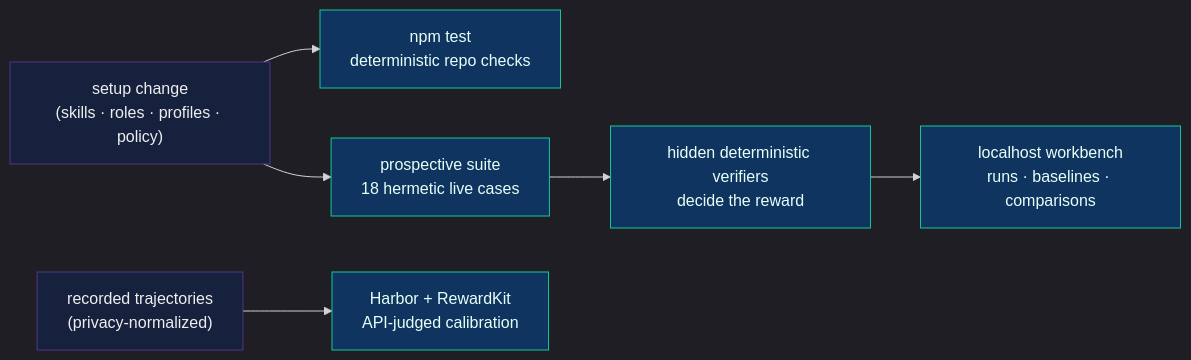
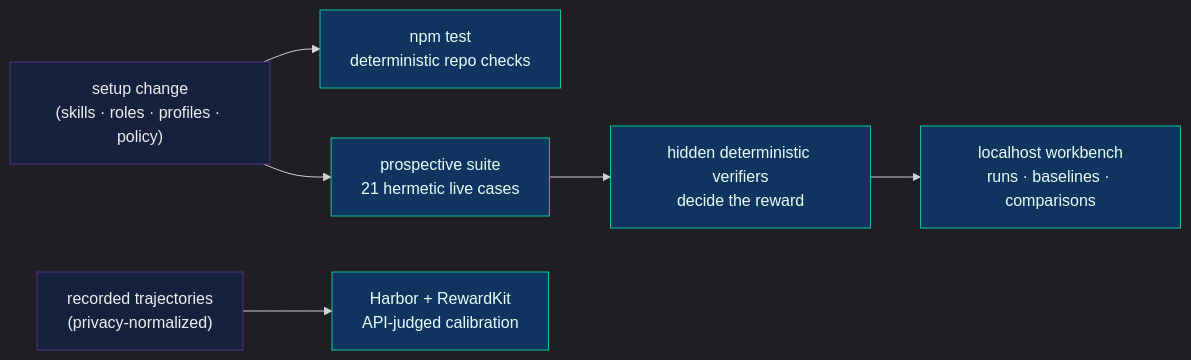
One commit to nourhelmi/pi-meta-harness changed the second of 2 diagrams in README.md. Above: the diagram before and after it, drawn with Mermaid. The commit also changed other lines of this file, not shown here.

Commit message:
docs(readme): count the efficiency eval cases

````diff
--- a/README.md
+++ b/README.md
@@ -206,17 +206,17 @@
 ```mermaid
 ---
 config:
   theme: dark
 ---
 flowchart LR
   Change["setup change\n(skills · roles · profiles · policy)"] --> Det["npm test\ndeterministic repo checks"]
-  Change --> Pro["prospective suite\n18 hermetic live cases"]
+  Change --> Pro["prospective suite\n21 hermetic live cases"]
   Rec["recorded trajectories\n(privacy-normalized)"] --> Harbor["Harbor + RewardKit\nAPI-judged calibration"]
   Pro --> Verify["hidden deterministic verifiers\ndecide the reward"]
   Verify --> Bench["localhost workbench\nruns · baselines · comparisons"]
 
   classDef in fill:#16213e,stroke:#533483,color:#eee
   classDef check fill:#0f3460,stroke:#16c79a,color:#e8fff7
   class Change,Rec in
   class Det,Pro,Harbor,Verify,Bench check
 ```
````
